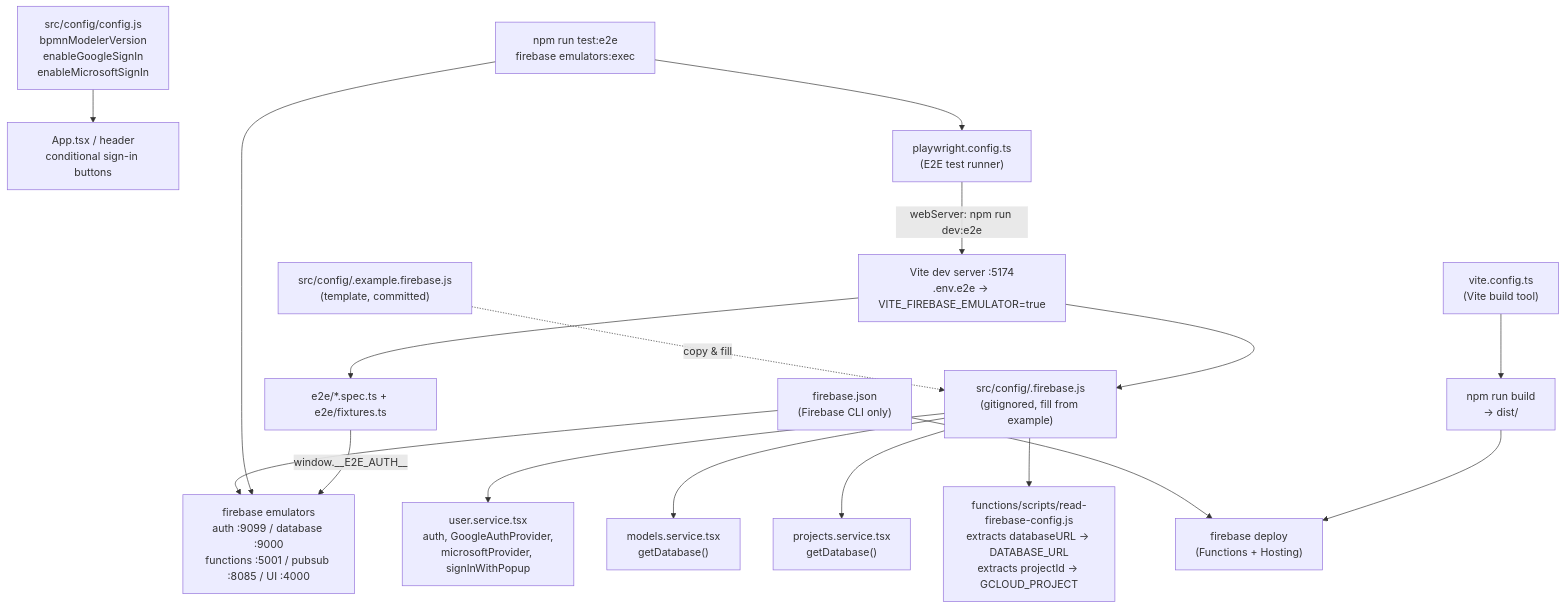
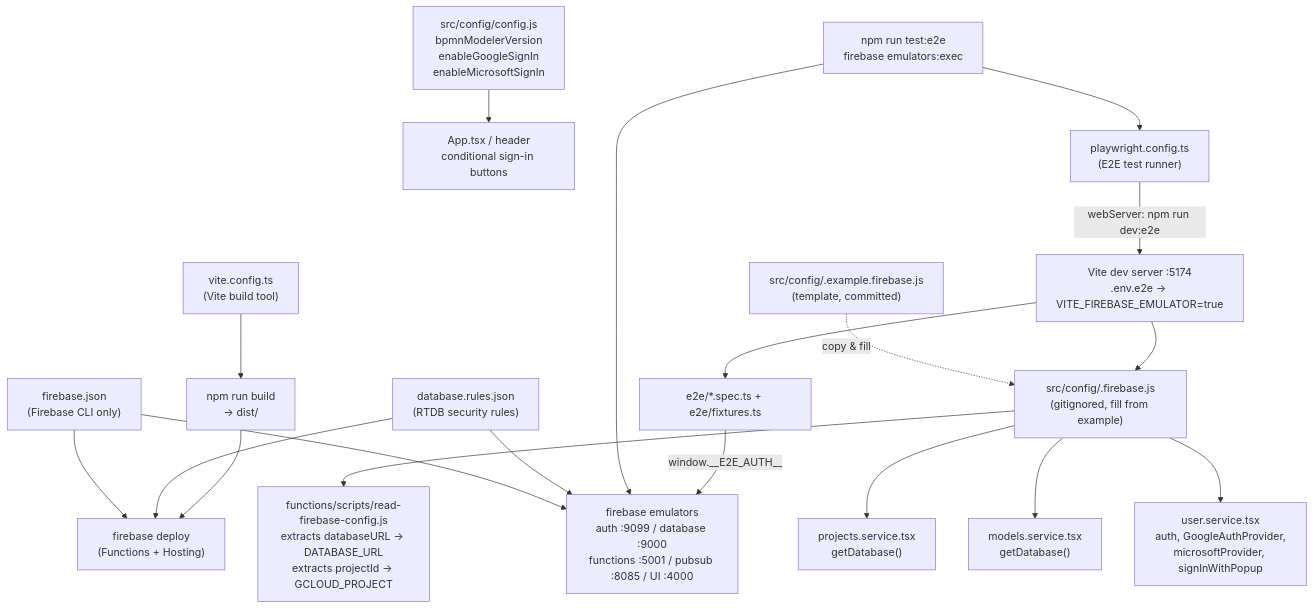
One commit to creatoratnight/bpmn-modeler changed the diagram in docs/config.md. Above: the diagram before and after it, drawn with Mermaid. The commit also changed other lines of this file and 31 other files, not shown here.

````diff
--- a/docs/config.md
+++ b/docs/config.md
@@ -181,26 +214,28 @@
 ```mermaid
 flowchart TD
     A["src/config/config.js\nbpmnModelerVersion\nenableGoogleSignIn\nenableMicrosoftSignIn"] --> B["App.tsx / header\nconditional sign-in buttons"]
 
     C["src/config/.example.firebase.js\n(template, committed)"]
     D["src/config/.firebase.js\n(gitignored, fill from example)"]
     C -.->|"copy & fill"| D
 
     D --> E["user.service.tsx\nauth, GoogleAuthProvider,\nmicrosoftProvider, signInWithPopup"]
     D --> F["models.service.tsx\ngetDatabase()"]
     D --> G["projects.service.tsx\ngetDatabase()"]
     D --> H["functions/scripts/read-firebase-config.js\nextracts databaseURL → DATABASE_URL\nextracts projectId → GCLOUD_PROJECT"]
 
     I["firebase.json\n(Firebase CLI only)"] --> J["firebase deploy\n(Functions + Hosting)"]
     I --> K["firebase emulators\nauth :9099 / database :9000\nfunctions :5001 / pubsub :8085 / UI :4000"]
+    S["database.rules.json\n(RTDB security rules)"] --> J
+    S --> K
 
     L["vite.config.ts\n(Vite build tool)"] --> M["npm run build\n→ dist/"]
     M --> J
 
     N["playwright.config.ts\n(E2E test runner)"] -->|"webServer: npm run dev:e2e"| O["Vite dev server :5174\n.env.e2e → VITE_FIREBASE_EMULATOR=true"]
     O --> D
     Q["npm run test:e2e\nfirebase emulators:exec"] --> K
     Q --> N
     O --> R["e2e/*.spec.ts + e2e/fixtures.ts"]
     R -->|"window.__E2E_AUTH__"| K
 ```
````
